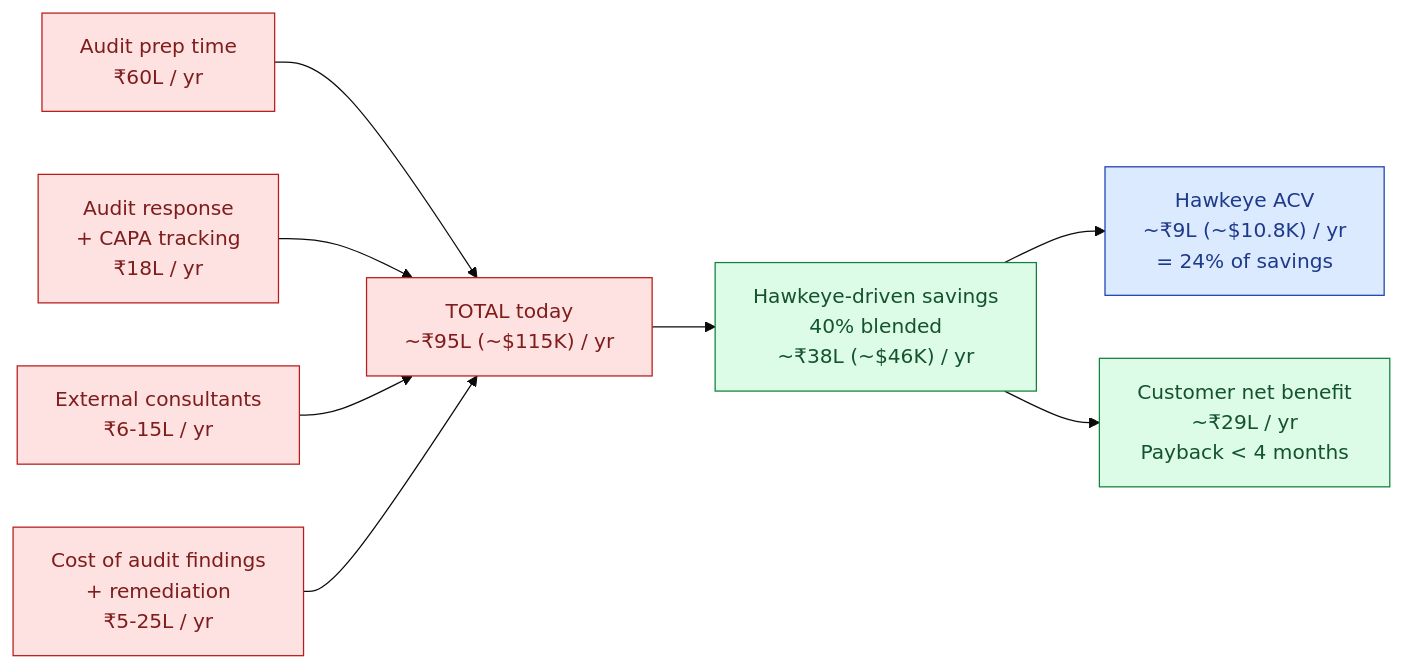
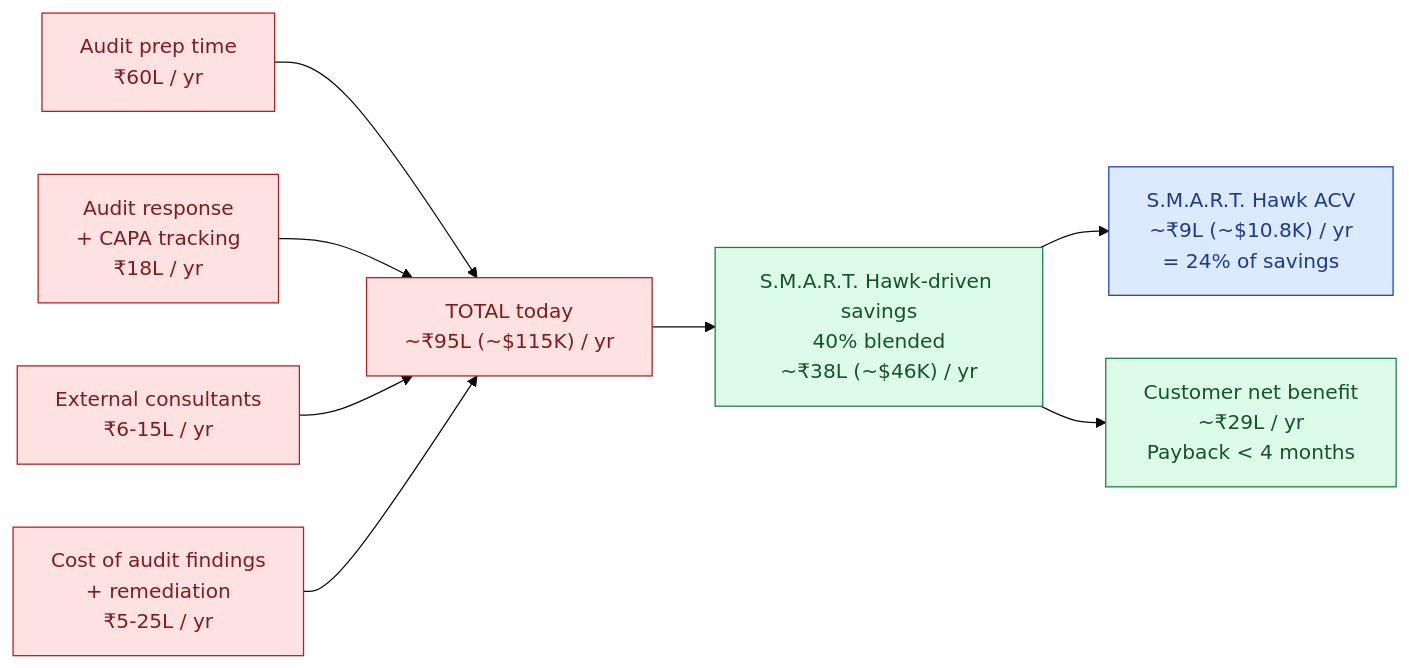
The first of 4 diagrams in 01-strategy/pricing-and-packaging/PRICING.md (hawkeyetransact-dotcom/doc_v2), drawn with Mermaid (base theme) before and after one commit. The commit also changed other lines of this file and 105 other files, not shown here.

First line of the commit message:
Rebrand docs: Hawkeye -> S.M.A.R.T. Hawk; S.M.A.R.T. five-pillar pipeline

````diff
--- a/01-strategy/pricing-and-packaging/PRICING.md
+++ b/01-strategy/pricing-and-packaging/PRICING.md
@@ -21,25 +21,25 @@
 ```mermaid
 flowchart LR
     classDef cost fill:#fee2e2,stroke:#b91c1c,color:#7f1d1d
     classDef save fill:#dcfce7,stroke:#15803d,color:#14532d
     classDef price fill:#dbeafe,stroke:#1e40af,color:#1e3a8a
 
     C1["Audit prep time<br/>₹60L / yr"]:::cost
     C2["Audit response<br/>+ CAPA tracking<br/>₹18L / yr"]:::cost
     C3["External consultants<br/>₹6-15L / yr"]:::cost
     C4["Cost of audit findings<br/>+ remediation<br/>₹5-25L / yr"]:::cost
     TOTAL["TOTAL today<br/>~₹95L (~$115K) / yr"]:::cost
 
     C1 --> TOTAL
     C2 --> TOTAL
     C3 --> TOTAL
     C4 --> TOTAL
 
-    SAVE["Hawkeye-driven savings<br/>40% blended<br/>~₹38L (~$46K) / yr"]:::save
-    PRICE["Hawkeye ACV<br/>~₹9L (~$10.8K) / yr<br/>= 24% of savings"]:::price
+    SAVE["S.M.A.R.T. Hawk-driven savings<br/>40% blended<br/>~₹38L (~$46K) / yr"]:::save
+    PRICE["S.M.A.R.T. Hawk ACV<br/>~₹9L (~$10.8K) / yr<br/>= 24% of savings"]:::price
     NET["Customer net benefit<br/>~₹29L / yr<br/>Payback < 4 months"]:::save
 
     TOTAL --> SAVE
     SAVE --> PRICE
     SAVE --> NET
 ```
````
